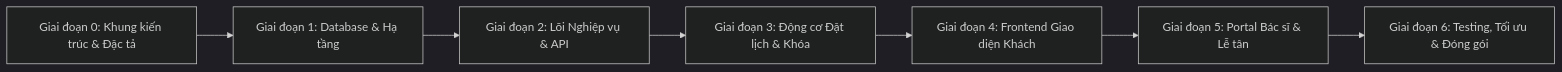
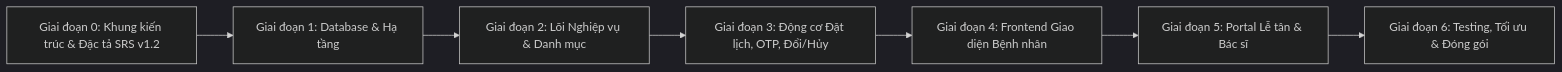
Before and after one commit to lin0935191047-ops/Clinic_Appointment_Management_Project: the diagram in docs/DEVELOPMENT_PLAN.md, drawn with Mermaid (dark theme). The commit also changed other lines of this file and 12 other files, not shown here.

````diff
--- a/docs/DEVELOPMENT_PLAN.md
+++ b/docs/DEVELOPMENT_PLAN.md
@@ -7,9 +11,9 @@
 ```mermaid
 flowchart LR
-    P0["Giai đoạn 0: Khung kiến trúc & Đặc tả"] --> P1["Giai đoạn 1: Database & Hạ tầng"]
-    P1 --> P2["Giai đoạn 2: Lõi Nghiệp vụ & API"]
-    P2 --> P3["Giai đoạn 3: Động cơ Đặt lịch & Khóa"]
-    P3 --> P4["Giai đoạn 4: Frontend Giao diện Khách"]
-    P4 --> P5["Giai đoạn 5: Portal Bác sĩ & Lễ tân"]
+    P0["Giai đoạn 0: Khung kiến trúc & Đặc tả SRS v1.2"] --> P1["Giai đoạn 1: Database & Hạ tầng"]
+    P1 --> P2["Giai đoạn 2: Lõi Nghiệp vụ & Danh mục"]
+    P2 --> P3["Giai đoạn 3: Động cơ Đặt lịch, OTP, Đổi/Hủy"]
+    P3 --> P4["Giai đoạn 4: Frontend Giao diện Bệnh nhân"]
+    P4 --> P5["Giai đoạn 5: Portal Lễ tân & Bác sĩ"]
     P5 --> P6["Giai đoạn 6: Testing, Tối ưu & Đóng gói"]
 ```
````
